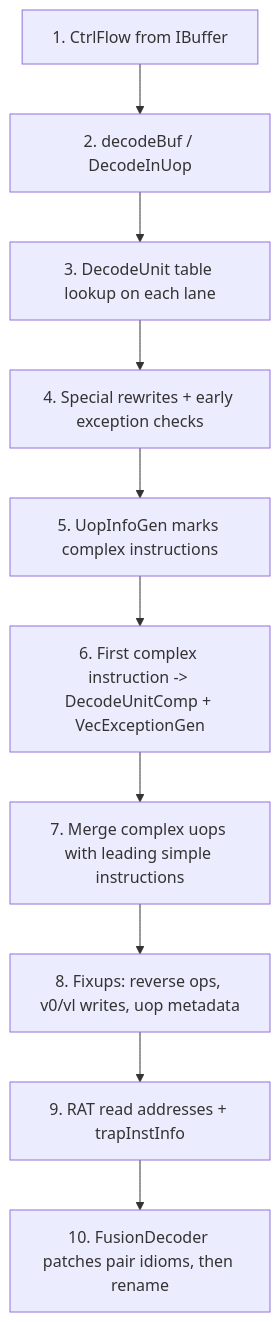
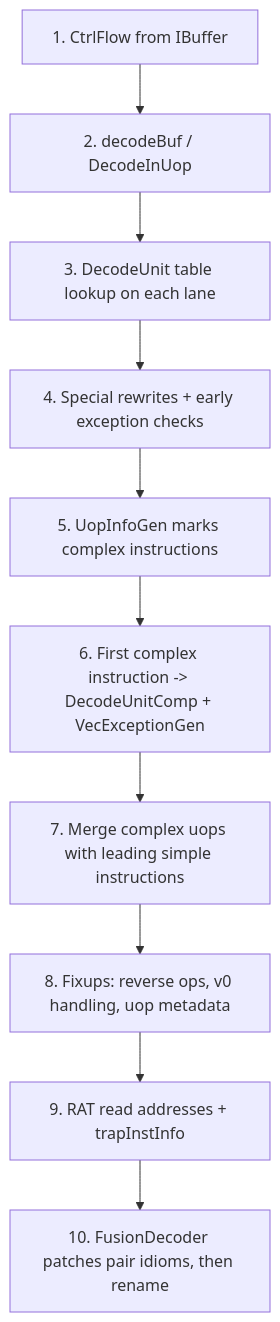
One commit to ripopov/XiangShan changed the second of 4 diagrams in Book/part-03-backend-execution-engine/11-decode-stage.md. Above: the diagram before and after it, drawn with Mermaid. The commit also changed other lines of this file, not shown here.

````diff
--- a/Book/part-03-backend-execution-engine/11-decode-stage.md
+++ b/Book/part-03-backend-execution-engine/11-decode-stage.md
@@ -313,15 +314,15 @@
 ```mermaid
 flowchart TB
   A["1. CtrlFlow from IBuffer"]
   B["2. decodeBuf / DecodeInUop"]
   C["3. DecodeUnit table lookup on each lane"]
   D["4. Special rewrites + early exception checks"]
   E["5. UopInfoGen marks complex instructions"]
   F["6. First complex instruction -> DecodeUnitComp + VecExceptionGen"]
   G["7. Merge complex uops with leading simple instructions"]
-  H["8. Fixups: reverse ops, v0/vl writes, uop metadata"]
+  H["8. Fixups: reverse ops, v0 handling, uop metadata"]
   I["9. RAT read addresses + trapInstInfo"]
   J["10. FusionDecoder patches pair idioms, then rename"]
 
   A --> B --> C --> D --> E --> F --> G --> H --> I --> J
 ```
````
